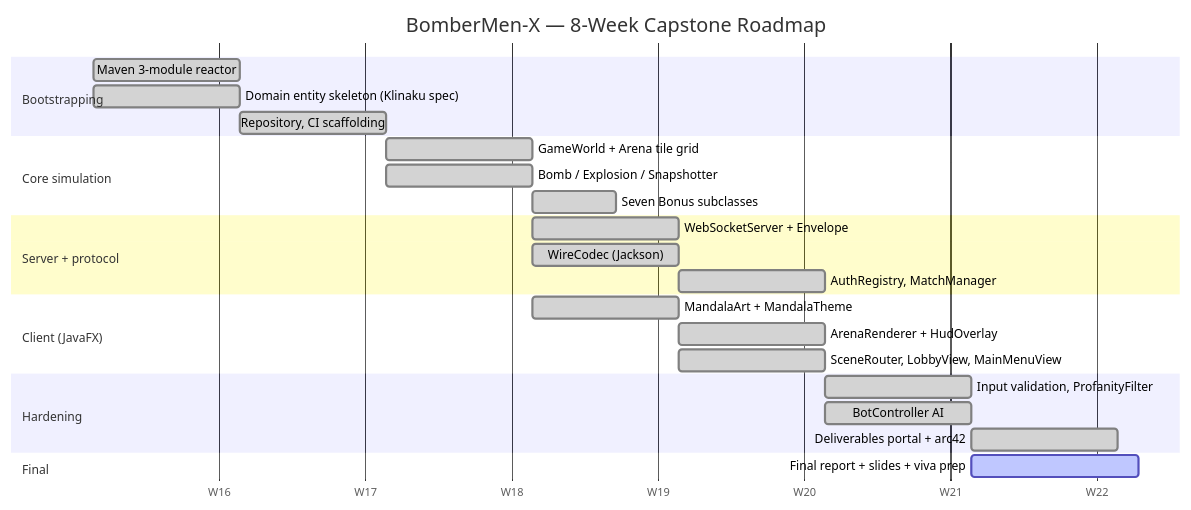
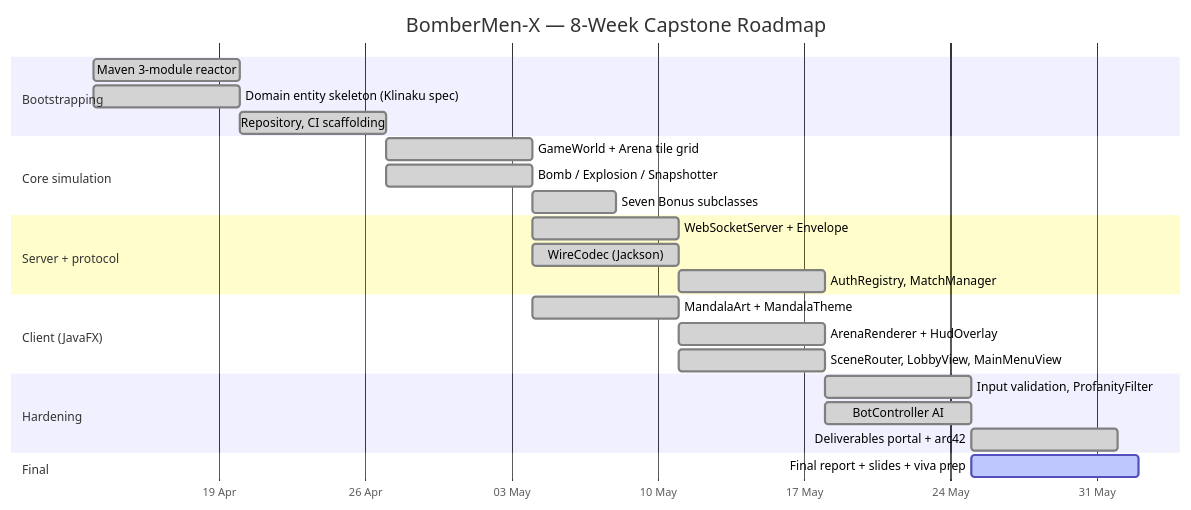
The diagram in plans/PLANS.md (AbhilashAnuku/bombermenx), drawn with Mermaid before and after one commit. The commit also changed 1 other file, not shown here.

Commit message:
chore(deliverables): bedtime audit — Gantt axis to dates, AI-package header rename, doc clean

````diff
--- a/plans/PLANS.md
+++ b/plans/PLANS.md
@@ -13,34 +13,35 @@
 ```mermaid
 gantt
     title BomberMen-X — 8-Week Capstone Roadmap
     dateFormat  YYYY-MM-DD
-    axisFormat  W%V
+    axisFormat  %d %b
+    todayMarker stroke:#ffc107,stroke-width:3px,opacity:0.9
 
     section Bootstrapping
     Maven 3-module reactor                :done,   b1, 2026-04-13, 7d
     Domain entity skeleton (Klinaku spec) :done,   b2, 2026-04-13, 7d
     Repository, CI scaffolding            :done,   b3, 2026-04-20, 7d
 
     section Core simulation
     GameWorld + Arena tile grid           :done,   c1, 2026-04-27, 7d
     Bomb / Explosion / Snapshotter        :done,   c2, 2026-04-27, 7d
     Seven Bonus subclasses                :done,   c3, 2026-05-04, 4d
 
     section Server + protocol
     WebSocketServer + Envelope            :done,   s1, 2026-05-04, 7d
     WireCodec (Jackson)                   :done,   s2, 2026-05-04, 7d
     AuthRegistry, MatchManager            :done,   s3, 2026-05-11, 7d
 
     section Client (JavaFX)
     MandalaArt + MandalaTheme             :done,   k1, 2026-05-04, 7d
     ArenaRenderer + HudOverlay            :done,   k2, 2026-05-11, 7d
     SceneRouter, LobbyView, MainMenuView  :done,   k3, 2026-05-11, 7d
 
     section Hardening
     Input validation, ProfanityFilter     :done,   h1, 2026-05-18, 7d
     BotController AI                      :done,   h2, 2026-05-18, 7d
     Deliverables portal + arc42           :done,   h3, 2026-05-25, 7d
 
     section Final
     Final report + slides + viva prep     :active, f1, 2026-05-25, 8d
 ```
````
